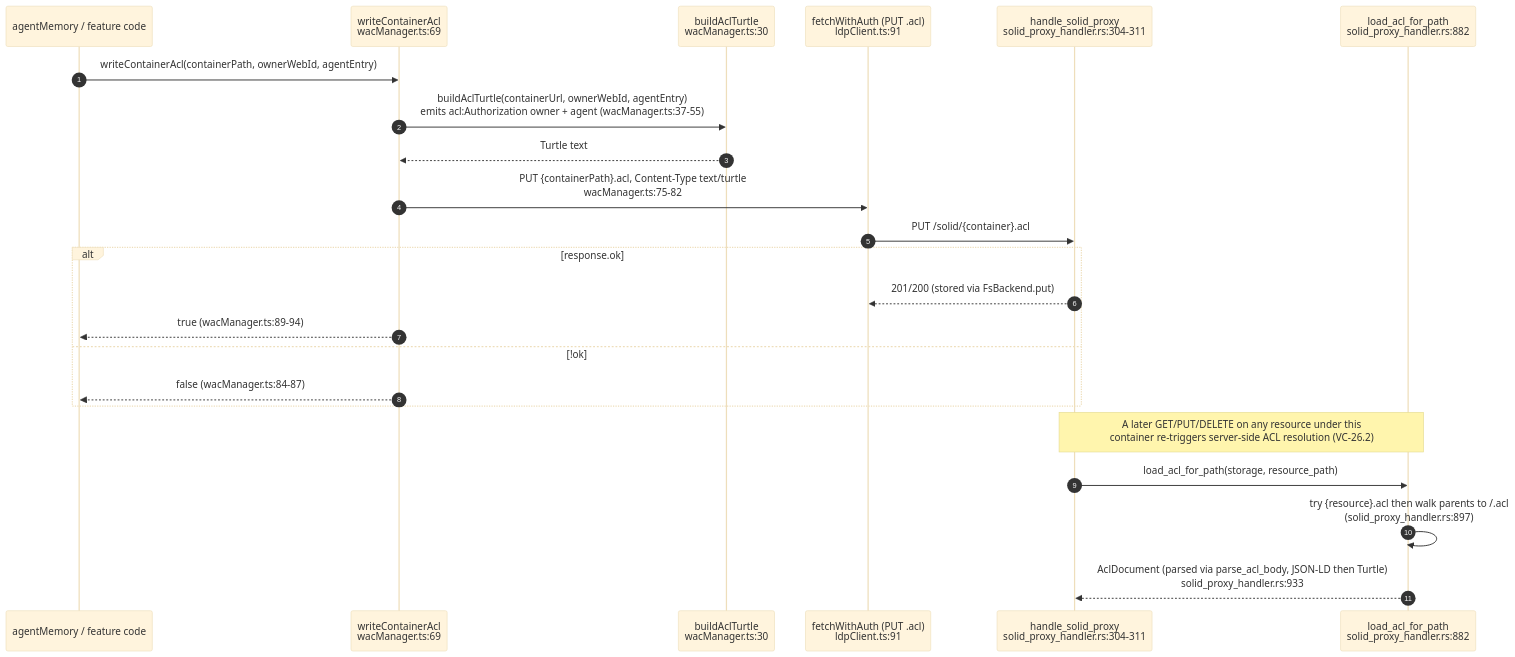
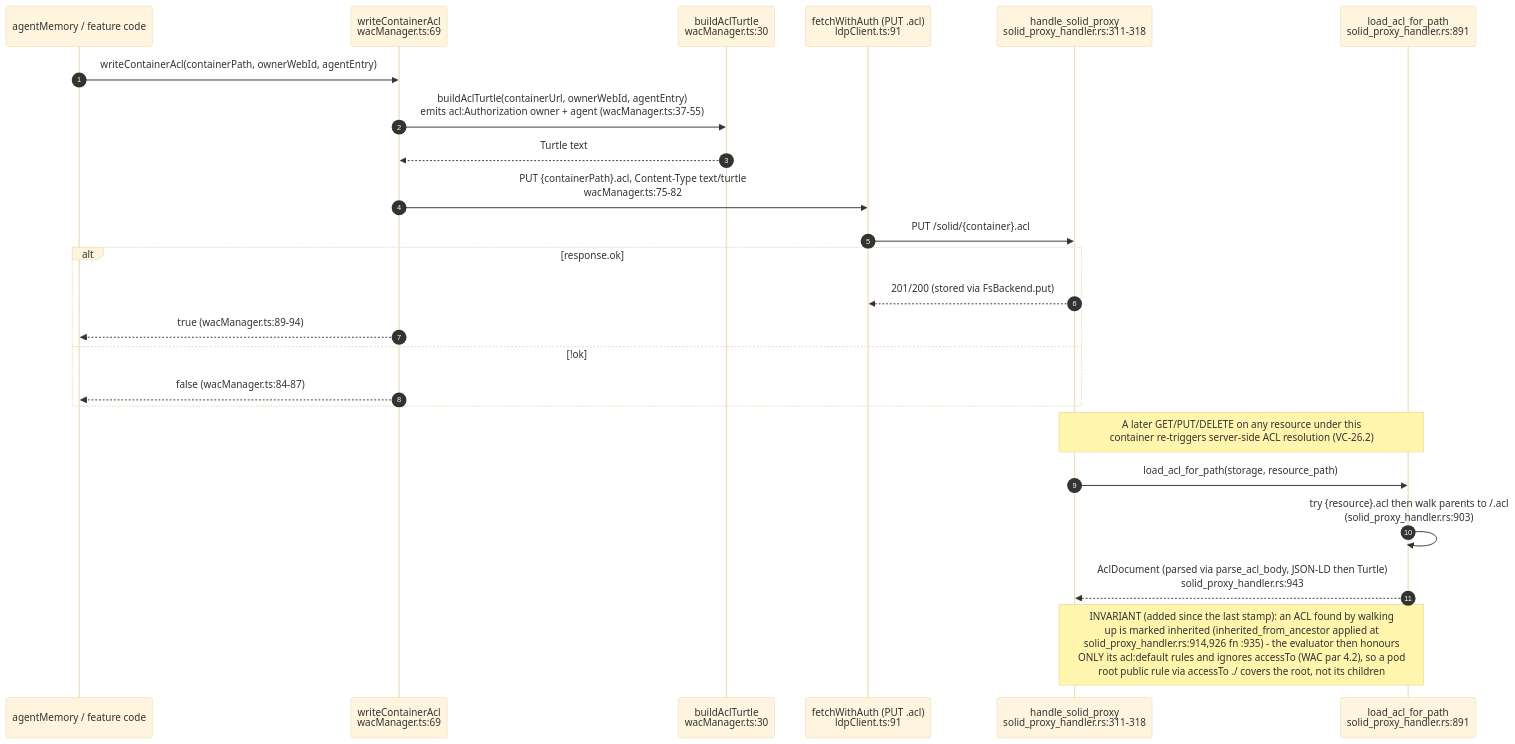
Before and after one commit to DreamLab-AI/VisionFlow: the seventh of 13 diagrams in docs/diagrams/visionclaw/26-solid-pod-and-jss.md, drawn with Mermaid (base theme). The commit also changed other lines of this file and 111 other files, not shown here.

Commit message:
docs(diagrams): align estate maps with current source

````diff
--- a/docs/diagrams/visionclaw/26-solid-pod-and-jss.md
+++ b/docs/diagrams/visionclaw/26-solid-pod-and-jss.md
@@ -316,27 +316,28 @@
 ```mermaid
 sequenceDiagram
     autonumber
     participant Caller as agentMemory / feature code
     participant WAC as writeContainerAcl<br/>wacManager.ts:69
     participant B as buildAclTurtle<br/>wacManager.ts:30
     participant F as fetchWithAuth (PUT .acl)<br/>ldpClient.ts:91
-    participant H as handle_solid_proxy<br/>solid_proxy_handler.rs:304-311
-    participant R as load_acl_for_path<br/>solid_proxy_handler.rs:882
+    participant H as handle_solid_proxy<br/>solid_proxy_handler.rs:311-318
+    participant R as load_acl_for_path<br/>solid_proxy_handler.rs:891
 
     Caller->>WAC: writeContainerAcl(containerPath, ownerWebId, agentEntry)
     WAC->>B: buildAclTurtle(containerUrl, ownerWebId, agentEntry)<br/>emits acl:Authorization owner + agent (wacManager.ts:37-55)
     B-->>WAC: Turtle text
     WAC->>F: PUT {containerPath}.acl, Content-Type text/turtle<br/>wacManager.ts:75-82
     F->>H: PUT /solid/{container}.acl
     alt response.ok
         H-->>F: 201/200 (stored via FsBackend.put)
         WAC-->>Caller: true (wacManager.ts:89-94)
     else !ok
         WAC-->>Caller: false (wacManager.ts:84-87)
     end
 
     Note over H,R: A later GET/PUT/DELETE on any resource under this<br/>container re-triggers server-side ACL resolution (VC-26.2)
     H->>R: load_acl_for_path(storage, resource_path)
-    R->>R: try {resource}.acl then walk parents to /.acl<br/>(solid_proxy_handler.rs:897)
-    R-->>H: AclDocument (parsed via parse_acl_body, JSON-LD then Turtle)<br/>solid_proxy_handler.rs:933
+    R->>R: try {resource}.acl then walk parents to /.acl<br/>(solid_proxy_handler.rs:903)
+    R-->>H: AclDocument (parsed via parse_acl_body, JSON-LD then Turtle)<br/>solid_proxy_handler.rs:943
+    Note over H,R: INVARIANT (added since the last stamp): an ACL found by walking<br/>up is marked inherited (inherited_from_ancestor applied at<br/>solid_proxy_handler.rs:914,926 fn :935) - the evaluator then honours<br/>ONLY its acl:default rules and ignores accessTo (WAC par 4.2), so a pod<br/>root public rule via accessTo ./ covers the root, not its children
 ```
````
